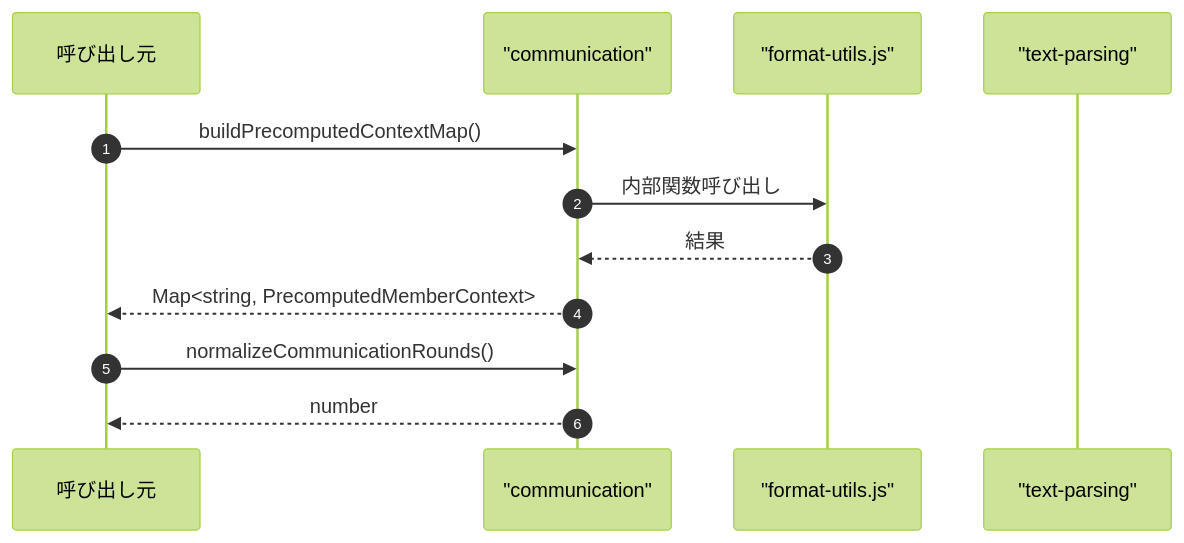
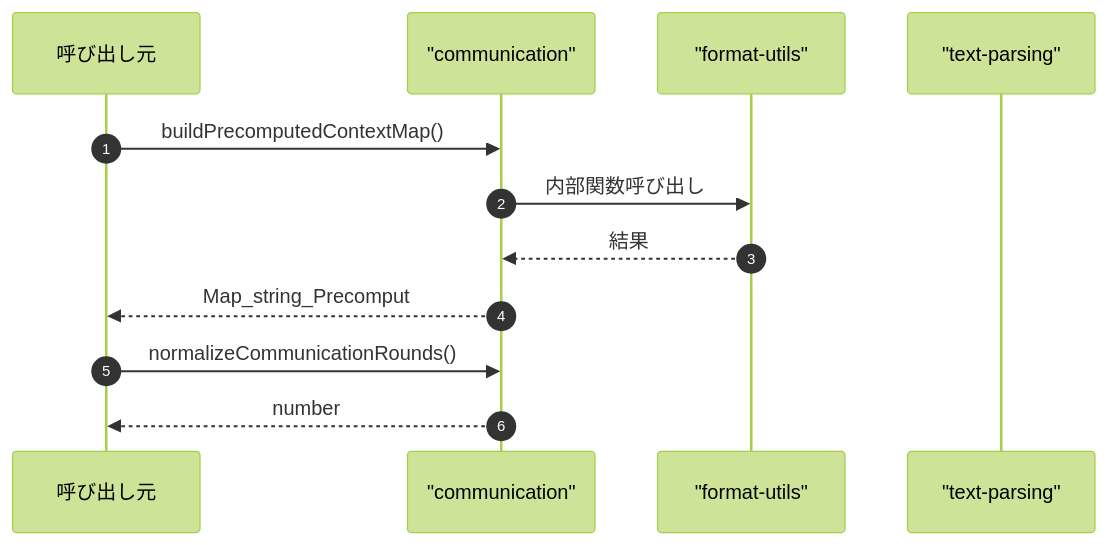
Before and after one commit to Mekann2904/mekann: the fourth of 4 diagrams in ABDD/.pi/extensions/agent-teams/communication.md, drawn with Mermaid (forest theme). The commit also changed other lines of this file and 174 other files, not shown here.

First line of the commit message:
fix(docs): ABDDのMermaid図生成エラーを修正する

````diff
--- a/ABDD/.pi/extensions/agent-teams/communication.md
+++ b/ABDD/.pi/extensions/agent-teams/communication.md
@@ -135,16 +135,16 @@
 ```mermaid
 sequenceDiagram
   autonumber
   participant Caller as 呼び出し元
   participant communication as "communication"
-  participant format_utils_js as "format-utils.js"
+  participant format_utils as "format-utils"
   participant text_parsing as "text-parsing"
 
   Caller->>communication: buildPrecomputedContextMap()
-  communication->>format_utils_js: 内部関数呼び出し
-  format_utils_js-->>communication: 結果
-  communication-->>Caller: Map<string, PrecomputedMemberContext>
+  communication->>format_utils: 内部関数呼び出し
+  format_utils-->>communication: 結果
+  communication-->>Caller: Map_string_Precomput
 
   Caller->>communication: normalizeCommunicationRounds()
   communication-->>Caller: number
 ```
````
